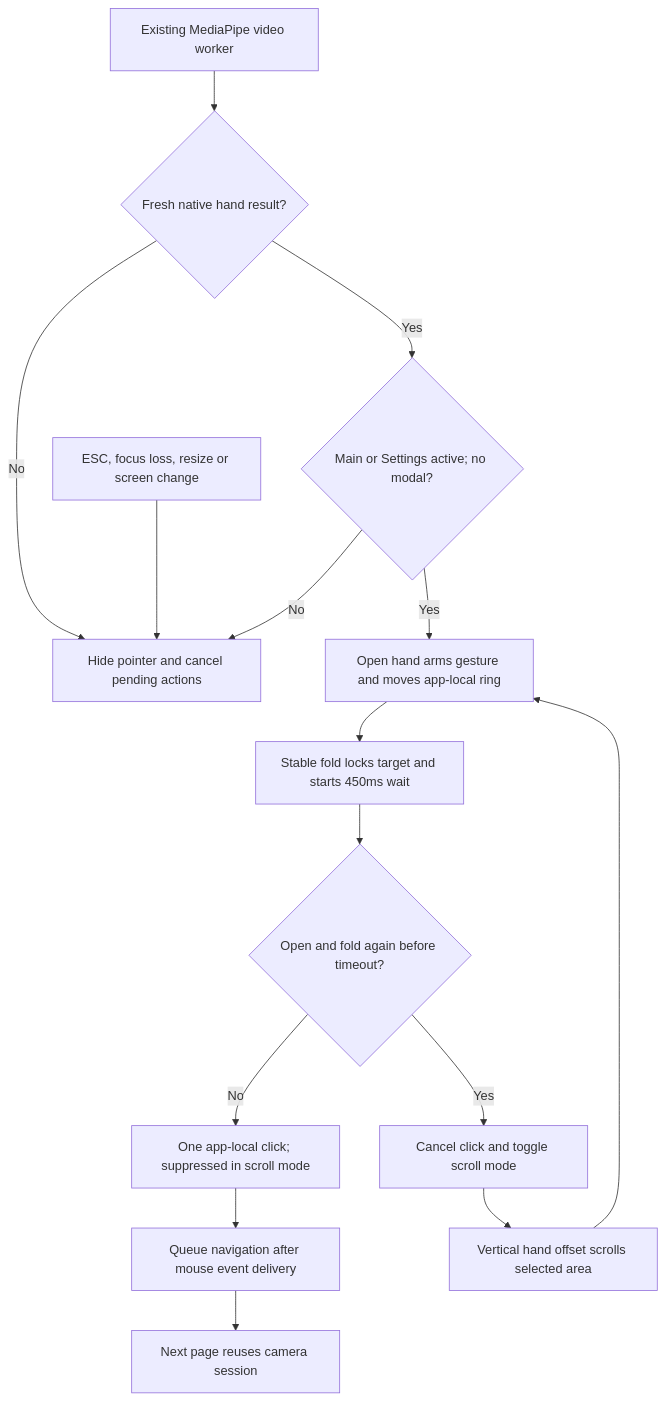
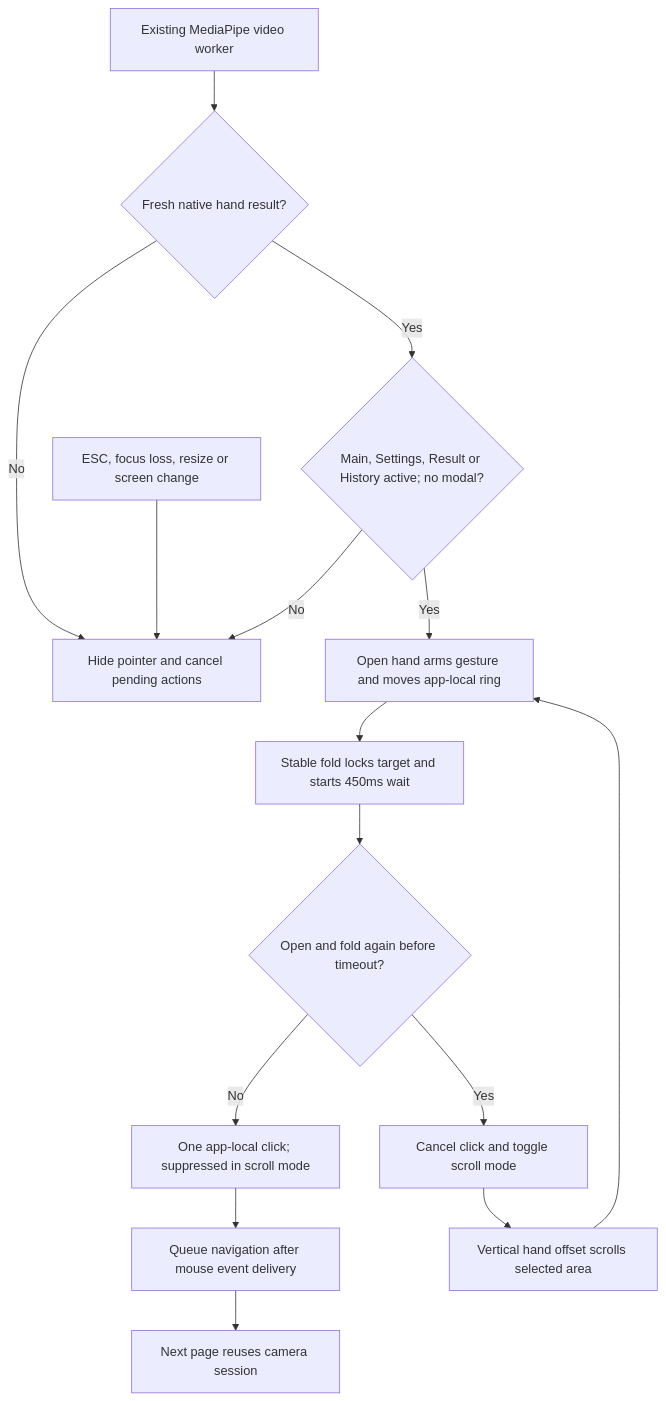
Before and after one commit to didtjr5080/Rythm-Game: the diagram in diagrams/hand-cursor.md, drawn with Mermaid. The commit also changed other lines of this file and 10 other files, not shown here.

````diff
--- a/diagrams/hand-cursor.md
+++ b/diagrams/hand-cursor.md
@@ -3,17 +3,17 @@
 ```mermaid
 flowchart TD
     MP[Existing MediaPipe video worker] --> VALID{Fresh native hand result?}
     VALID -- No --> RESET[Hide pointer and cancel pending actions]
-    VALID -- Yes --> SCOPE{Main or Settings active; no modal?}
+    VALID -- Yes --> SCOPE{Main, Settings, Result or History active; no modal?}
     SCOPE -- No --> RESET
     SCOPE -- Yes --> OPEN[Open hand arms gesture and moves app-local ring]
     OPEN --> FOLD[Stable fold locks target and starts 450ms wait]
     FOLD --> AGAIN{Open and fold again before timeout?}
     AGAIN -- No --> CLICK[One app-local click; suppressed in scroll mode]
     CLICK --> NEXT[Queue navigation after mouse event delivery]
     NEXT --> SHARE[Next page reuses camera session]
     AGAIN -- Yes --> MODE[Cancel click and toggle scroll mode]
     MODE --> VERTICAL[Vertical hand offset scrolls selected area]
     VERTICAL --> OPEN
     ESC[ESC, focus loss, resize or screen change] --> RESET
 ```
````
